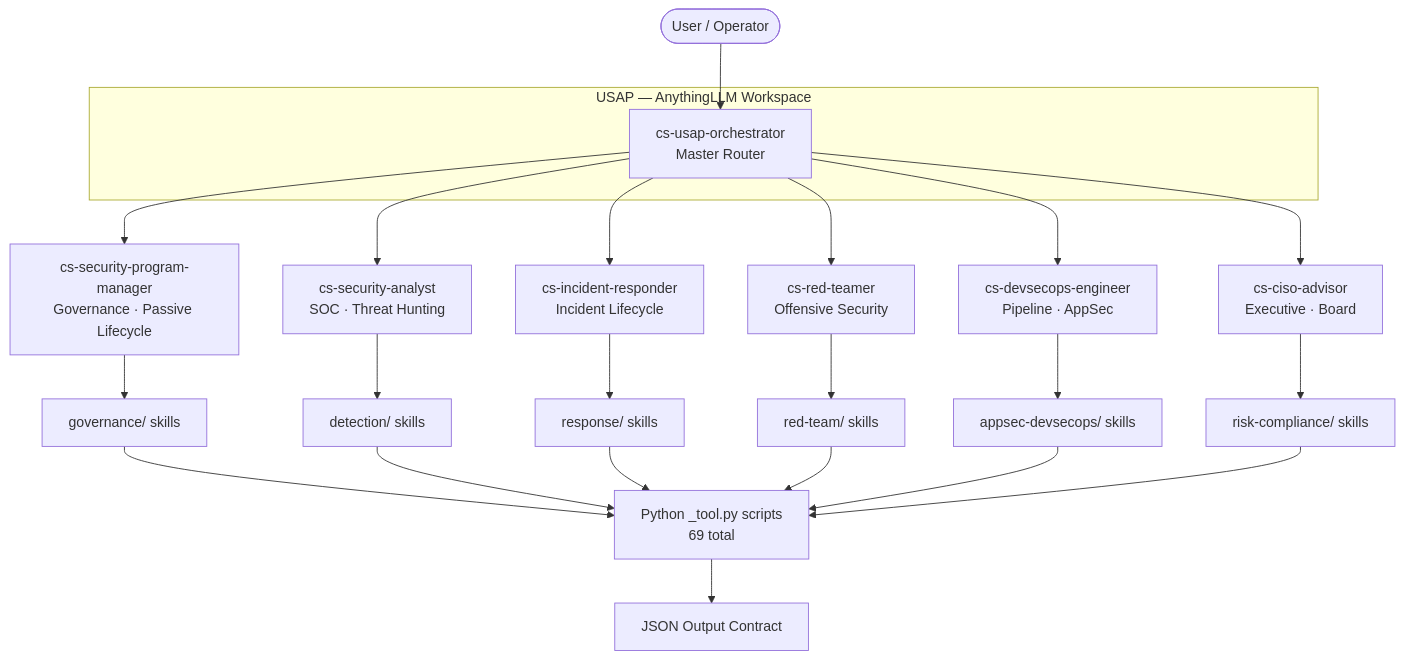
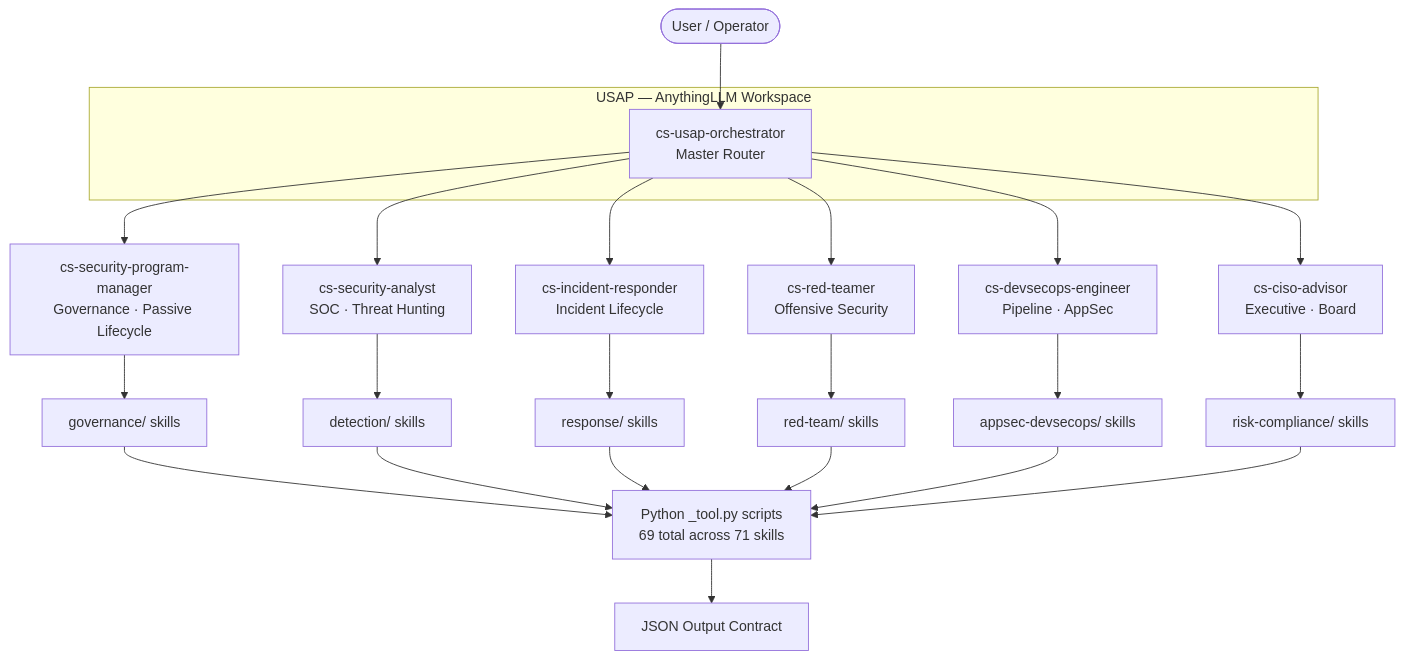
One commit to jaskaranhundal/usap-skills changed the first of 12 diagrams in docs/TECHNICAL_REFERENCE.md. Above: the diagram before and after it, drawn with Mermaid. The commit also changed other lines of this file and 8 other files, not shown here.

````diff
--- a/docs/TECHNICAL_REFERENCE.md
+++ b/docs/TECHNICAL_REFERENCE.md
@@ -44,25 +44,25 @@
 ```mermaid
 graph TB
     User([User / Operator]) --> ORCH
 
     subgraph USAP["USAP — AnythingLLM Workspace"]
         ORCH[cs-usap-orchestrator<br/>Master Router]
     end
 
     ORCH --> PM[cs-security-program-manager<br/>Governance · Passive Lifecycle]
     ORCH --> SA[cs-security-analyst<br/>SOC · Threat Hunting]
     ORCH --> IR[cs-incident-responder<br/>Incident Lifecycle]
     ORCH --> RT[cs-red-teamer<br/>Offensive Security]
     ORCH --> DE[cs-devsecops-engineer<br/>Pipeline · AppSec]
     ORCH --> CA[cs-ciso-advisor<br/>Executive · Board]
 
     PM --> G[governance/ skills]
     SA --> D[detection/ skills]
     IR --> R[response/ skills]
     RT --> T[red-team/ skills]
     DE --> A[appsec-devsecops/ skills]
     CA --> RC[risk-compliance/ skills]
 
-    G & D & R & T & A & RC --> TOOLS[Python _tool.py scripts<br/>69 total]
+    G & D & R & T & A & RC --> TOOLS[Python _tool.py scripts<br/>69 total across 71 skills]
     TOOLS --> OUTPUT[JSON Output Contract]
 ```
````
